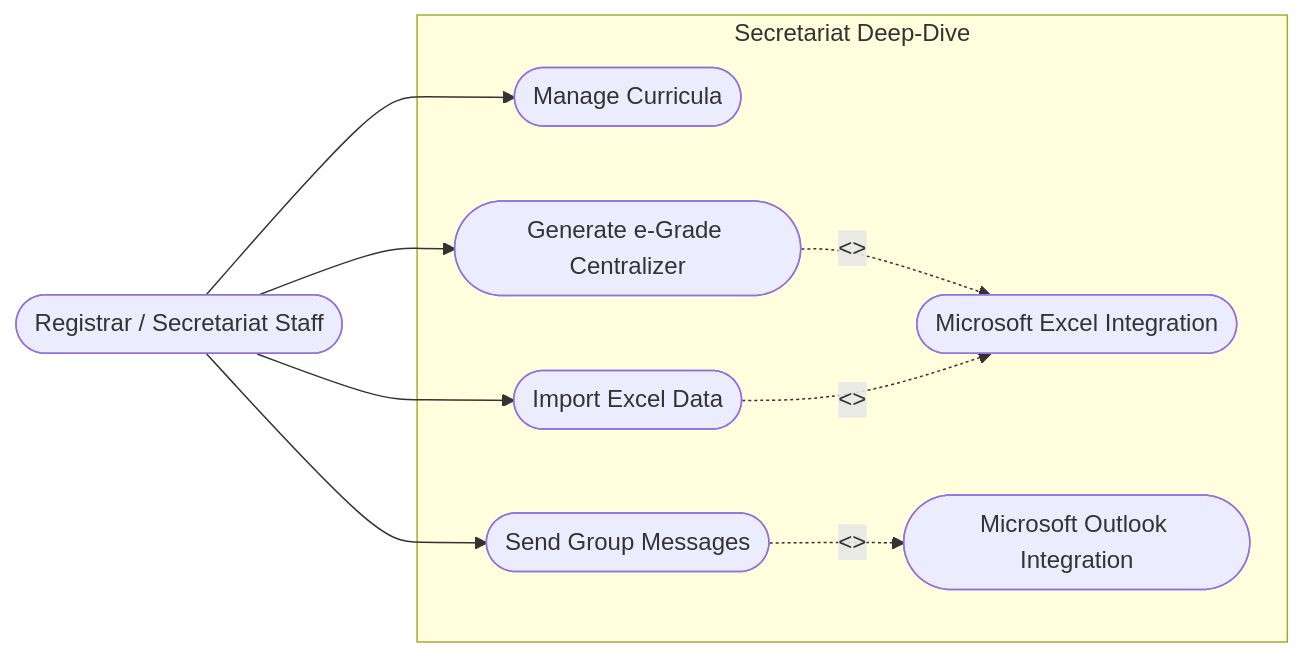
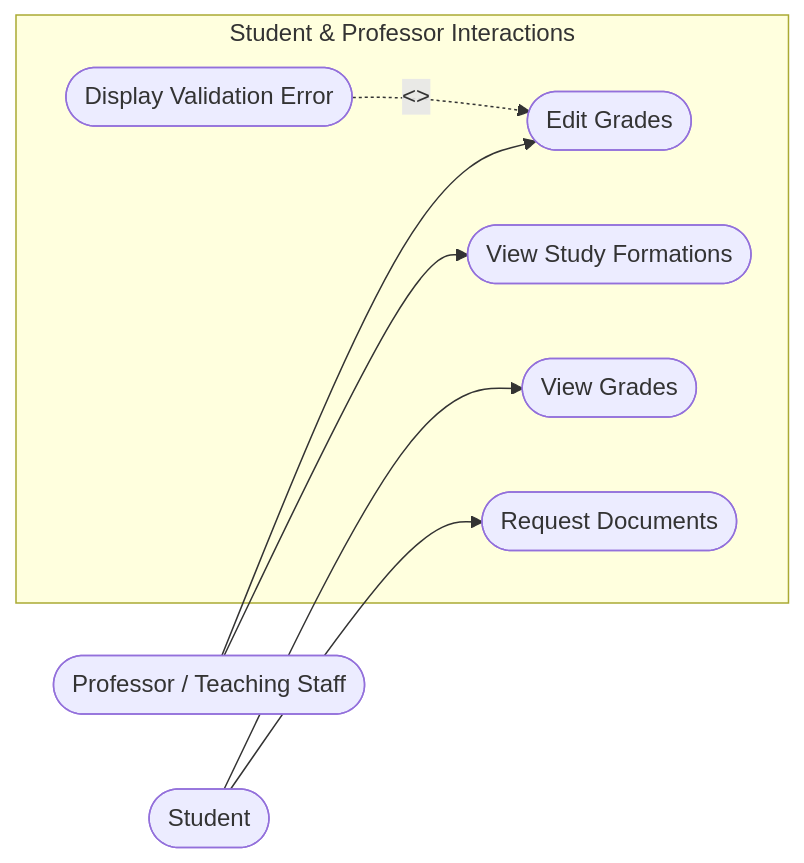
The diagram in docs/diagrams/sugu/use-case/v3.mmd (andreisugu/P9-T4-SugubeteMaximilianMitrache), drawn with Mermaid before and after one commit. The commit also changed 2 other files, not shown here.

Commit message:
(fix): correct use-case diagram

```diff
--- a/docs/diagrams/sugu/use-case/v3.mmd
+++ b/docs/diagrams/sugu/use-case/v3.mmd
@@ -1,26 +1,25 @@
 flowchart LR
-    %% Actor
-    Registrar(["Registrar / Secretariat Staff"])
+    %% Actors
+    Professor(["Professor / Teaching Staff"])
+    Student(["Student"])
 
-    %% Use Cases & Integrations
-    subgraph Secretariat_Workflow [Secretariat Deep-Dive]
-        UC_Cur([Manage Curricula])
-        UC_Imp([Import Excel Data])
-        UC_Gen([Generate e-Grade Centralizer])
-        UC_Msg([Send Group Messages])
+    %% Use Cases
+    subgraph Academic_Interactions [Student & Professor Interactions]
+        UC_Edit([Edit Grades])
+        UC_ViewForm([View Study Formations])
+        UC_ViewGrades([View Grades])
+        UC_ReqDoc([Request Documents])
         
-        %% External Systems configured as Use Cases for logical mapping
-        UC_Excel([Microsoft Excel Integration])
-        UC_Outlook([Microsoft Outlook Integration])
+        UC_Error([Display Validation Error])
     end
 
-    %% Base Interactions
-    Registrar --> UC_Cur
-    Registrar --> UC_Imp
-    Registrar --> UC_Gen
-    Registrar --> UC_Msg
+    %% Professor Interactions
+    Professor --> UC_Edit
+    Professor --> UC_ViewForm
 
-    %% Include Relationships
-    UC_Gen -.->|<<include>>| UC_Excel
-    UC_Imp -.->|<<include>>| UC_Excel
-    UC_Msg -.->|<<include>>| UC_Outlook
+    %% Student Interactions
+    Student --> UC_ViewGrades
+    Student --> UC_ReqDoc
+
+    %% Extend Relationships
+    UC_Error -.->|<<extend>>| UC_Edit
```
